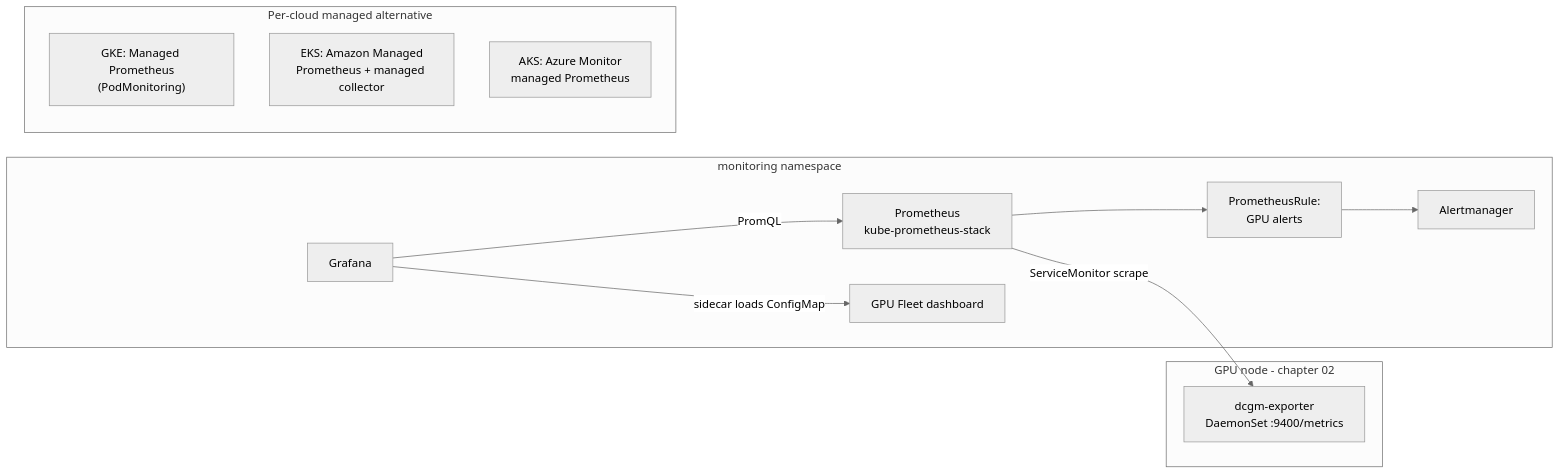
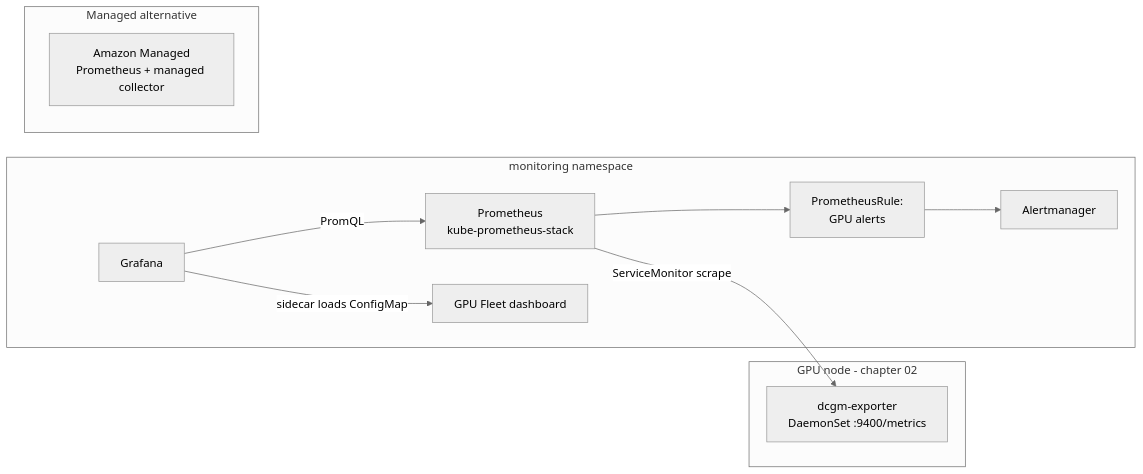
The diagram in 04-gpu-observability/README.md (GitOpsHub/kubernetes-ai-infrastructure), drawn with Mermaid (neutral theme) before and after one commit. The commit also changed other lines of this file and 25 other files, not shown here.

````diff
--- a/04-gpu-observability/README.md
+++ b/04-gpu-observability/README.md
@@ -31,18 +31,16 @@
 ```mermaid
 flowchart LR
   subgraph GPU node - chapter 02
     DCGM[dcgm-exporter<br/>DaemonSet :9400/metrics]
   end
   subgraph monitoring namespace
     PROM[Prometheus<br/>kube-prometheus-stack] -->|ServiceMonitor scrape| DCGM
     PROM --> RULES[PrometheusRule:<br/>GPU alerts]
     RULES --> AM[Alertmanager]
     GRAF[Grafana] -->|PromQL| PROM
     GRAF -->|sidecar loads ConfigMap| DASH[GPU Fleet dashboard]
   end
-  subgraph Per-cloud managed alternative
-    GMP["GKE: Managed Prometheus<br/>(PodMonitoring)"]
-    AMP["EKS: Amazon Managed<br/>Prometheus + managed collector"]
-    AZMON["AKS: Azure Monitor<br/>managed Prometheus"]
+  subgraph Managed alternative
+    AMP["Amazon Managed<br/>Prometheus + managed collector"]
   end
 ```
````
